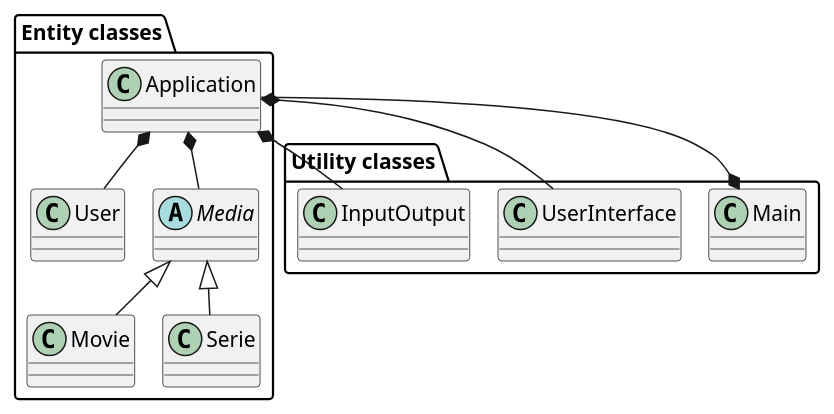
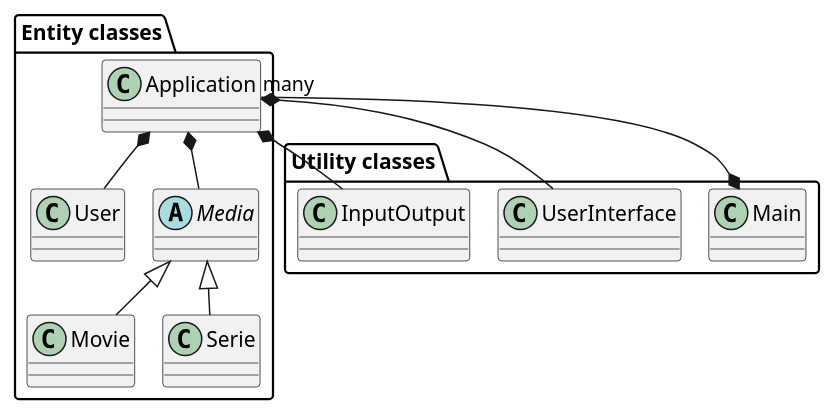
One commit to badranyoussef/SP3 changed the diagram in Documentation/classDiagramUpdated.puml. Above: the diagram before and after it, drawn with PlantUML. The commit also changed 1 other file, not shown here.

```diff
--- a/Documentation/classDiagramUpdated.puml
+++ b/Documentation/classDiagramUpdated.puml
@@ -1,32 +1,32 @@
 @startuml
 'https://plantuml.com/class-diagram
 !pragma layout smetana
 
 'Utility Package
 package "Utility classes"{
 class Main
 class UserInterface
 class InputOutput
 }
 
 'Entity Package
 package "Entity classes"{
 class Movie
 class Serie
 class Application
 class User
 abstract Media
 }
 
-'Class Relations
+'Label on Relations
 Application *-- UserInterface
 Application *-- InputOutput
 Application *-- User
 Application *-- Media
 Media <|-- Serie
 Media <|-- Movie
-Main *-- Application
+Main *-- "many"Application
 
 'Class Methods & Attributes
 
 @enduml
```
